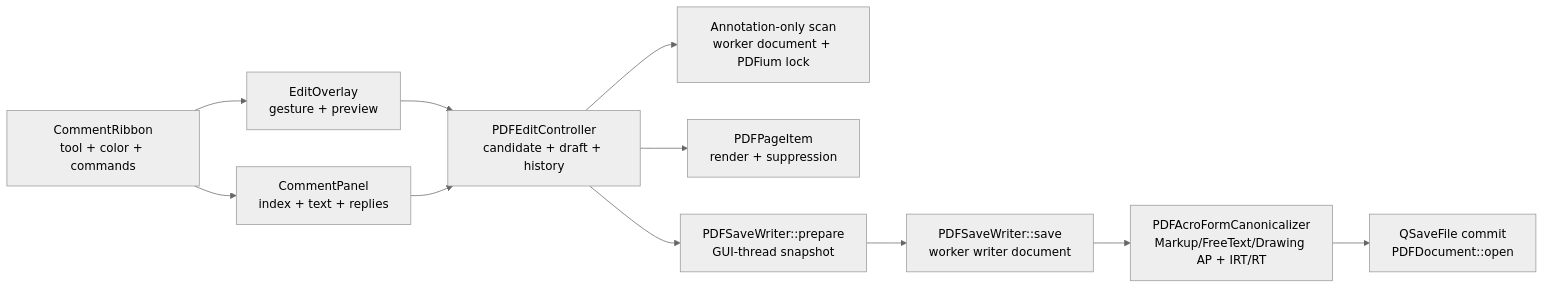
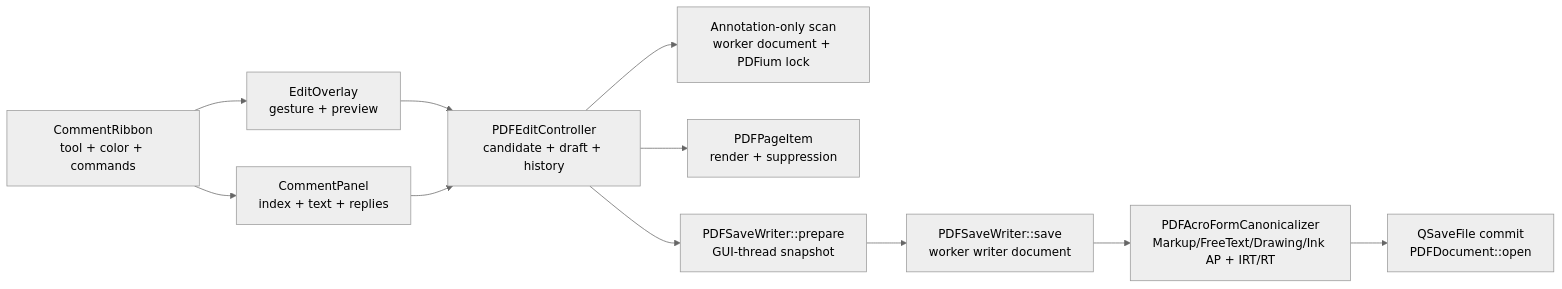
One commit to RaymondHuy/TrePDF changed the diagram in docs/comment-annotation-pipeline.md. Above: the diagram before and after it, drawn with Mermaid (neutral theme). The commit also changed other lines of this file and 19 other files, not shown here.

````diff
--- a/docs/comment-annotation-pipeline.md
+++ b/docs/comment-annotation-pipeline.md
@@ -91,13 +94,13 @@
 ```mermaid
 flowchart LR
     Ribbon["CommentRibbon\ntool + color + commands"] --> Overlay["EditOverlay\ngesture + preview"]
     Ribbon --> Panel["CommentPanel\nindex + text + replies"]
     Overlay --> Controller["PDFEditController\ncandidate + draft + history"]
     Panel --> Controller
     Controller --> Scan["Annotation-only scan\nworker document + PDFium lock"]
     Controller --> PageItem["PDFPageItem\nrender + suppression"]
     Controller --> Prepare["PDFSaveWriter::prepare\nGUI-thread snapshot"]
     Prepare --> Writer["PDFSaveWriter::save\nworker writer document"]
-    Writer --> Canon["PDFAcroFormCanonicalizer\nMarkup/FreeText/Drawing AP + IRT/RT"]
+    Writer --> Canon["PDFAcroFormCanonicalizer\nMarkup/FreeText/Drawing/Ink AP + IRT/RT"]
     Canon --> Reopen["QSaveFile commit\nPDFDocument::open"]
 ```
````
